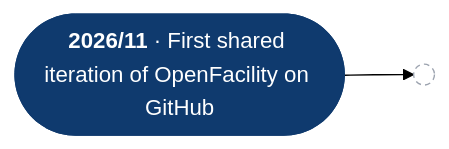
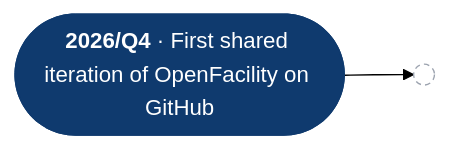
The second of 4 diagrams in profile/README.md (openfacility/.github), drawn with Mermaid (forest theme) before and after one commit.

Commit message:
Date the first shared iteration 2026/Q4

````diff
--- a/profile/README.md
+++ b/profile/README.md
@@ -59,8 +59,8 @@
 ```mermaid
 flowchart LR
-  t1(["<b>2026/11</b> · First shared iteration of OpenFacility on GitHub"]) --> next(( ))
+  t1(["<b>2026/Q4</b> · First shared iteration of OpenFacility on GitHub"]) --> next(( ))
   classDef done fill:#0f3a6e,stroke:#0f3a6e,color:#ffffff
   classDef future fill:transparent,stroke:#9ca3af,stroke-dasharray:4 3
   class t1 done
   class next future
 ```
````
